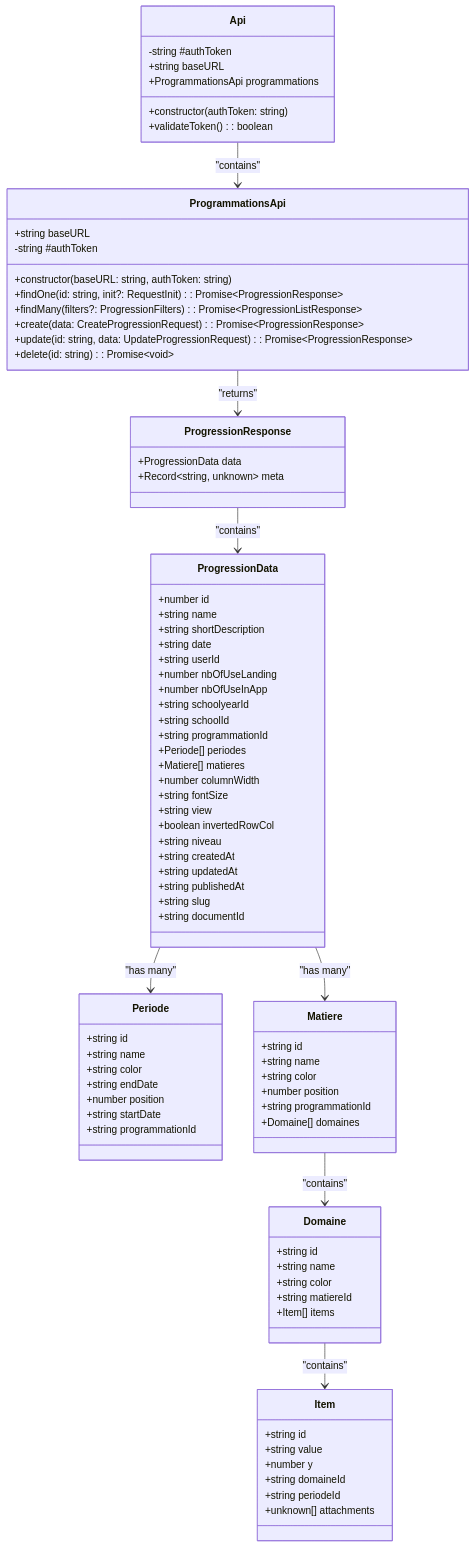
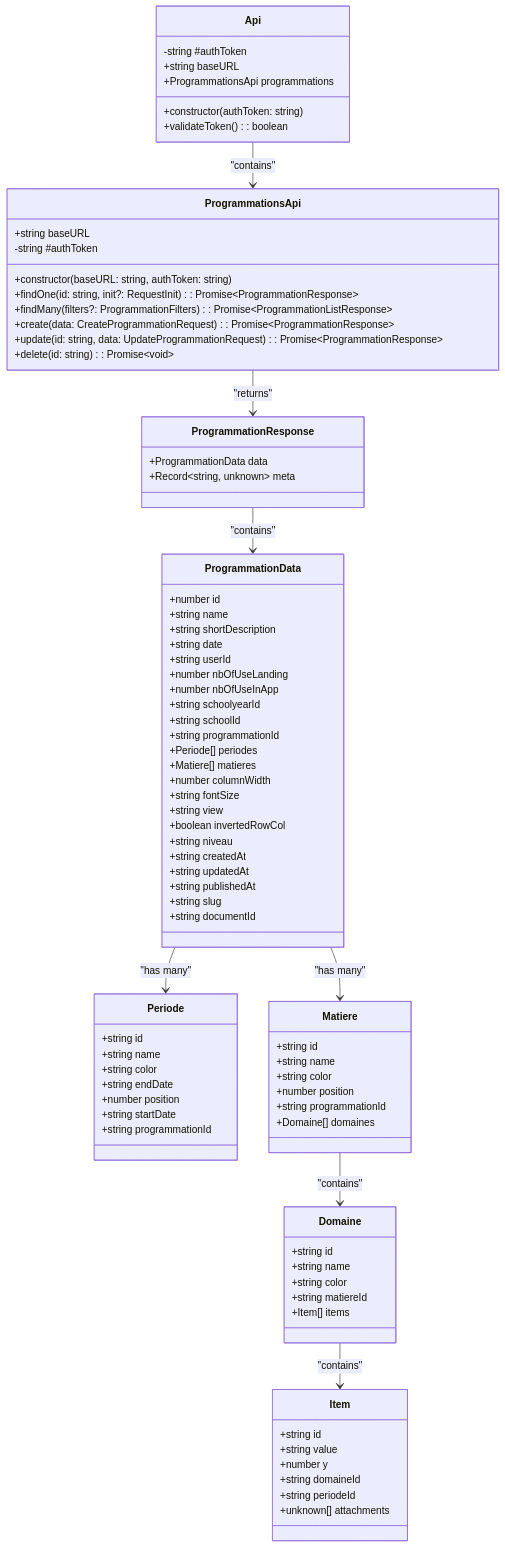
The second of 6 diagrams in specs/programmation/db-api-uml.md (ghermet/teetsh-progression), drawn with Mermaid before and after one commit. The commit also changed other lines of this file and 17 other files, not shown here.

Commit message:
refactor: rename progression with programmation

````diff
--- a/specs/programmation/db-api-uml.md
+++ b/specs/programmation/db-api-uml.md
@@ -107,19 +107,19 @@
         +string baseURL
         -string #authToken
         +constructor(baseURL: string, authToken: string)
-        +findOne(id: string, init?: RequestInit): Promise~ProgressionResponse~
-        +findMany(filters?: ProgressionFilters): Promise~ProgressionListResponse~
-        +create(data: CreateProgressionRequest): Promise~ProgressionResponse~
-        +update(id: string, data: UpdateProgressionRequest): Promise~ProgressionResponse~
+        +findOne(id: string, init?: RequestInit): Promise~ProgrammationResponse~
+        +findMany(filters?: ProgrammationFilters): Promise~ProgrammationListResponse~
+        +create(data: CreateProgrammationRequest): Promise~ProgrammationResponse~
+        +update(id: string, data: UpdateProgrammationRequest): Promise~ProgrammationResponse~
         +delete(id: string): Promise~void~
     }
 
-    class ProgressionResponse {
-        +ProgressionData data
+    class ProgrammationResponse {
+        +ProgrammationData data
         +Record~string, unknown~ meta
     }
 
-    class ProgressionData {
+    class ProgrammationData {
         +number id
         +string name
         +string shortDescription
@@ -182,10 +182,10 @@
 
     %% Relationships
     Api --> ProgrammationsApi : "contains"
-    ProgrammationsApi --> ProgressionResponse : "returns"
-    ProgressionResponse --> ProgressionData : "contains"
-    ProgressionData --> Periode : "has many"
-    ProgressionData --> Matiere : "has many"
+    ProgrammationsApi --> ProgrammationResponse : "returns"
+    ProgrammationResponse --> ProgrammationData : "contains"
+    ProgrammationData --> Periode : "has many"
+    ProgrammationData --> Matiere : "has many"
     Matiere --> Domaine : "contains"
     Domaine --> Item : "contains"
 ```
````
